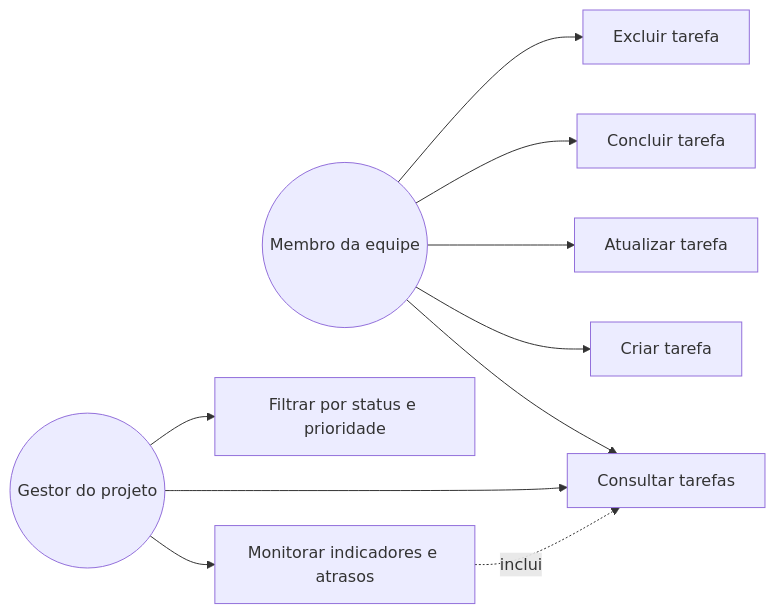
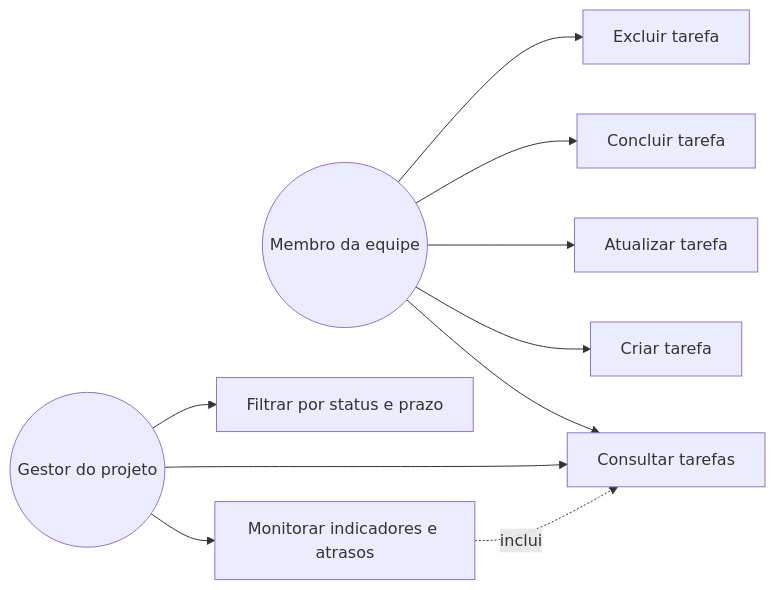
Before and after one commit to diegofigtec/techflow-task-manager: the first of 2 diagrams in docs/uml.md, drawn with Mermaid. The commit also changed other lines of this file and 11 other files, not shown here.

````diff
--- a/docs/uml.md
+++ b/docs/uml.md
@@ -7,14 +7,14 @@
 ```mermaid
 flowchart LR
     actor((Membro da equipe))
     gestor((Gestor do projeto))
     actor --> UC1[Criar tarefa]
     actor --> UC2[Consultar tarefas]
     actor --> UC3[Atualizar tarefa]
     actor --> UC4[Concluir tarefa]
     actor --> UC5[Excluir tarefa]
     gestor --> UC2
-    gestor --> UC6[Filtrar por status e prioridade]
+    gestor --> UC6[Filtrar por status e prazo]
     gestor --> UC7[Monitorar indicadores e atrasos]
     UC7 -. inclui .-> UC2
 ```
````
